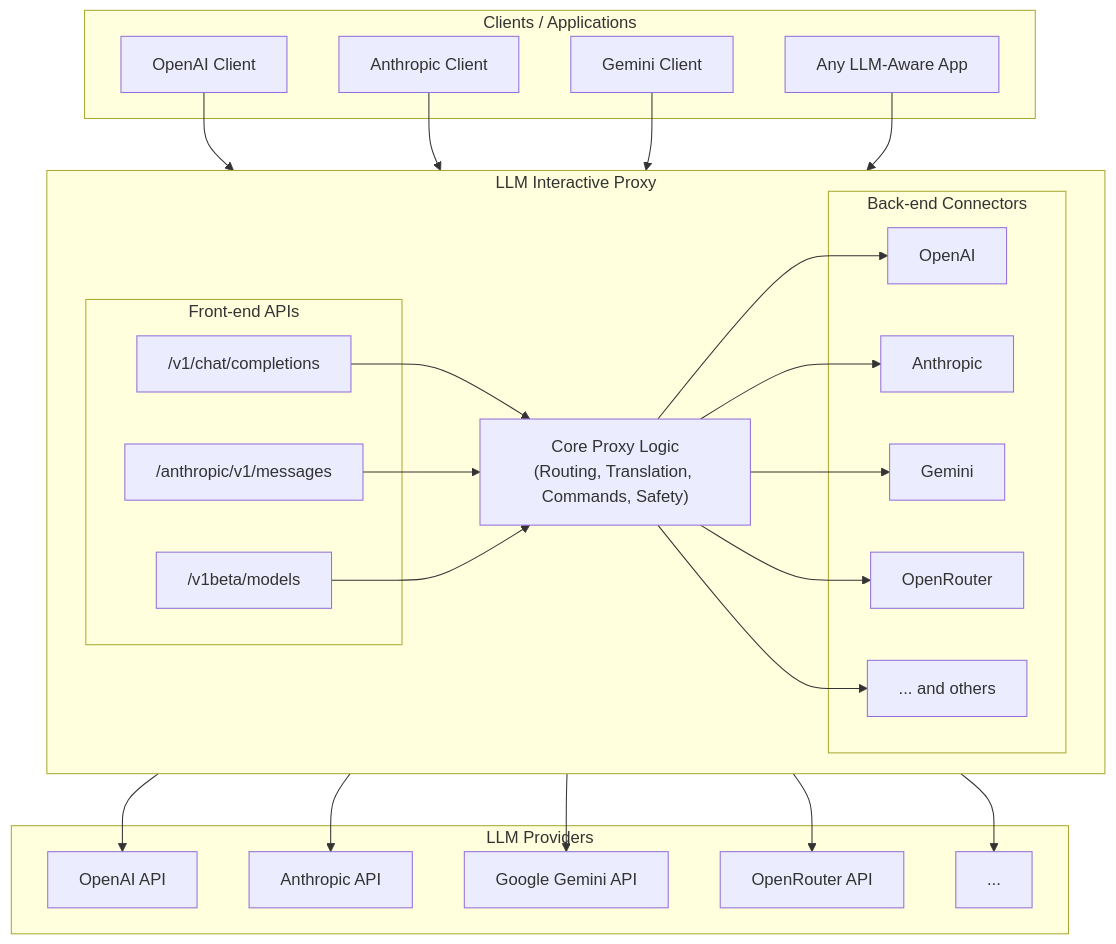
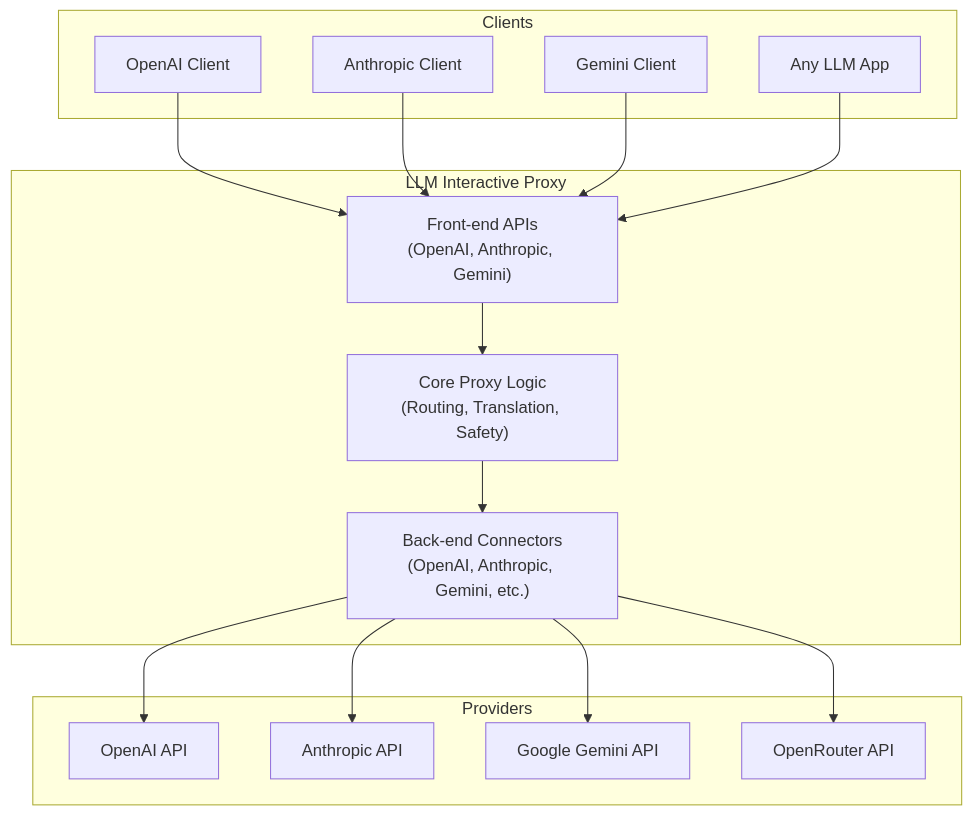
The diagram in README.md (matdev83/llm-interactive-proxy), drawn with Mermaid before and after one commit. The commit also changed other lines of this file and 8 other files, not shown here.

````diff
--- a/README.md
+++ b/README.md
@@ -15,57 +13,32 @@
 ```mermaid
 graph TD
-    subgraph "Clients / Applications"
+    subgraph "Clients"
         A[OpenAI Client]
         B[Anthropic Client]
         C[Gemini Client]
-        D[Any LLM-Aware App]
+        D[Any LLM App]
     end
 
     subgraph "LLM Interactive Proxy"
-        direction LR
-        subgraph "Front-end APIs"
-            FE_OpenAI["/v1/chat/completions"]
-            FE_Anthropic["/anthropic/v1/messages"]
-            FE_Gemini["/v1beta/models"]
-        end
-
-        CoreProxy["Core Proxy Logic<br/>(Routing, Translation, Commands, Safety)"]
-
-        subgraph "Back-end Connectors"
-            BE_OpenAI[OpenAI]
-            BE_Anthropic[Anthropic]
-            BE_Gemini[Gemini]
-            BE_OpenRouter[OpenRouter]
-            BE_Etc[... and others]
-        end
-
-        FE_OpenAI --> CoreProxy
-        FE_Anthropic --> CoreProxy
-        FE_Gemini --> CoreProxy
-
-        CoreProxy --> BE_OpenAI
-        CoreProxy --> BE_Anthropic
-        CoreProxy --> BE_Gemini
-        CoreProxy --> BE_OpenRouter
-        CoreProxy --> BE_Etc
+        FE["Front-end APIs<br/>(OpenAI, Anthropic, Gemini)"]
+        Core["Core Proxy Logic<br/>(Routing, Translation, Safety)"]
+        BE["Back-end Connectors<br/>(OpenAI, Anthropic, Gemini, etc.)"]
+        FE --> Core --> BE
     end
 
-    subgraph "LLM Providers"
-        P_OpenAI[OpenAI API]
-        P_Anthropic[Anthropic API]
-        P_Gemini[Google Gemini API]
-        P_OpenRouter[OpenRouter API]
-        P_Etc[...]
+    subgraph "Providers"
+        P1[OpenAI API]
+        P2[Anthropic API]
+        P3[Google Gemini API]
+        P4[OpenRouter API]
     end
 
-    A --> FE_OpenAI
-    B --> FE_Anthropic
-    C --> FE_Gemini
-    D --> FE_OpenAI
-
-    BE_OpenAI --> P_OpenAI
-    BE_Anthropic --> P_Anthropic
-    BE_Gemini --> P_Gemini
-    BE_OpenRouter --> P_OpenRouter
-    BE_Etc --> P_Etc
+    A --> FE
+    B --> FE
+    C --> FE
+    D --> FE
+    BE --> P1
+    BE --> P2
+    BE --> P3
+    BE --> P4
 ```
````
